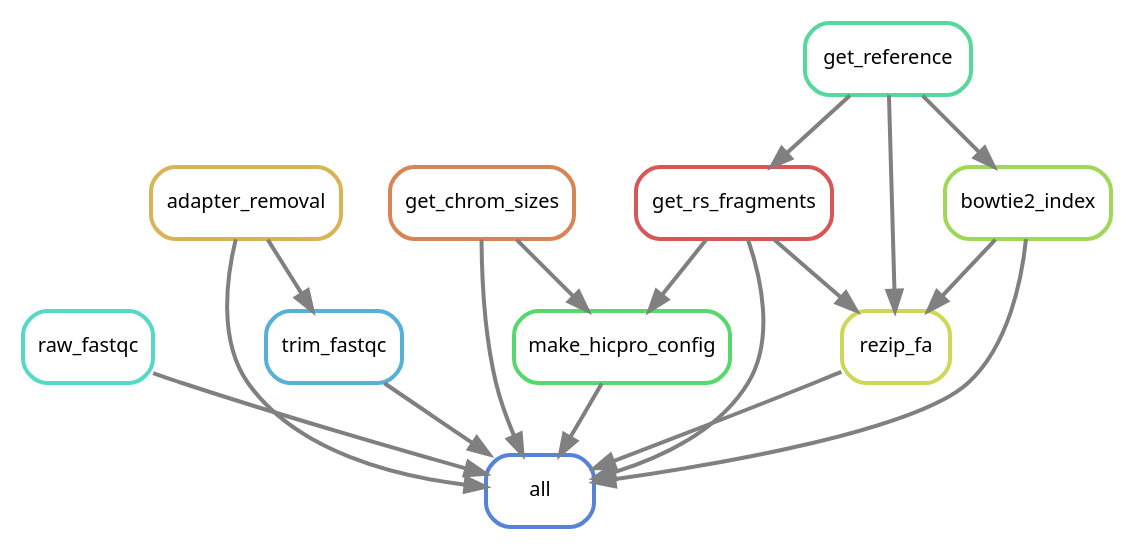
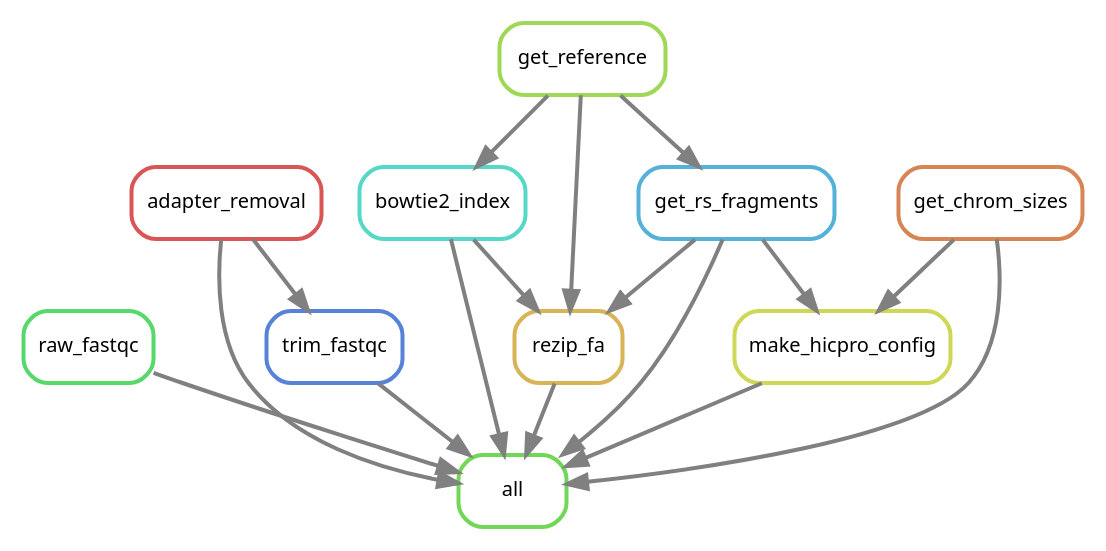
Before and after one commit to DRMCRL/ENCODE_T47D_HiC_ENCSR549MGQ: the diagram in output/rulegraph.dot, drawn with Graphviz. The commit also changed 1 other file, not shown here.

```diff
--- a/output/rulegraph.dot
+++ b/output/rulegraph.dot
@@ -1,31 +1,31 @@
 digraph snakemake_dag {
     graph[bgcolor=white, margin=0];
     node[shape=box, style=rounded, fontname=sans,                 fontsize=10, penwidth=2];
     edge[penwidth=2, color=grey];
-	0[label = "all", color = "0.61 0.6 0.85", style="rounded"];
-	1[label = "raw_fastqc", color = "0.48 0.6 0.85", style="rounded"];
-	2[label = "bowtie2_index", color = "0.24 0.6 0.85", style="rounded"];
-	3[label = "get_chrom_sizes", color = "0.06 0.6 0.85", style="rounded"];
-	4[label = "trim_fastqc", color = "0.55 0.6 0.85", style="rounded"];
-	5[label = "adapter_removal", color = "0.12 0.6 0.85", style="rounded"];
-	6[label = "get_rs_fragments", color = "0.00 0.6 0.85", style="rounded"];
-	7[label = "make_hicpro_config", color = "0.36 0.6 0.85", style="rounded"];
-	8[label = "rezip_fa", color = "0.18 0.6 0.85", style="rounded"];
-	9[label = "get_reference", color = "0.42 0.6 0.85", style="rounded"];
+	0[label = "all", color = "0.30 0.6 0.85", style="rounded"];
+	1[label = "raw_fastqc", color = "0.36 0.6 0.85", style="rounded"];
+	2[label = "adapter_removal", color = "0.00 0.6 0.85", style="rounded"];
+	3[label = "trim_fastqc", color = "0.61 0.6 0.85", style="rounded"];
+	4[label = "make_hicpro_config", color = "0.18 0.6 0.85", style="rounded"];
+	5[label = "bowtie2_index", color = "0.48 0.6 0.85", style="rounded"];
+	6[label = "get_rs_fragments", color = "0.55 0.6 0.85", style="rounded"];
+	7[label = "rezip_fa", color = "0.12 0.6 0.85", style="rounded"];
+	8[label = "get_chrom_sizes", color = "0.06 0.6 0.85", style="rounded"];
+	9[label = "get_reference", color = "0.24 0.6 0.85", style="rounded"];
+	2 -> 0
+	8 -> 0
+	7 -> 0
+	4 -> 0
+	1 -> 0
+	5 -> 0
 	6 -> 0
 	3 -> 0
-	5 -> 0
-	8 -> 0
-	2 -> 0
-	7 -> 0
-	1 -> 0
-	4 -> 0
-	9 -> 2
-	5 -> 4
+	2 -> 3
+	8 -> 4
+	6 -> 4
+	9 -> 5
 	9 -> 6
+	9 -> 7
 	6 -> 7
-	3 -> 7
-	6 -> 8
-	2 -> 8
-	9 -> 8
+	5 -> 7
 }            
```
